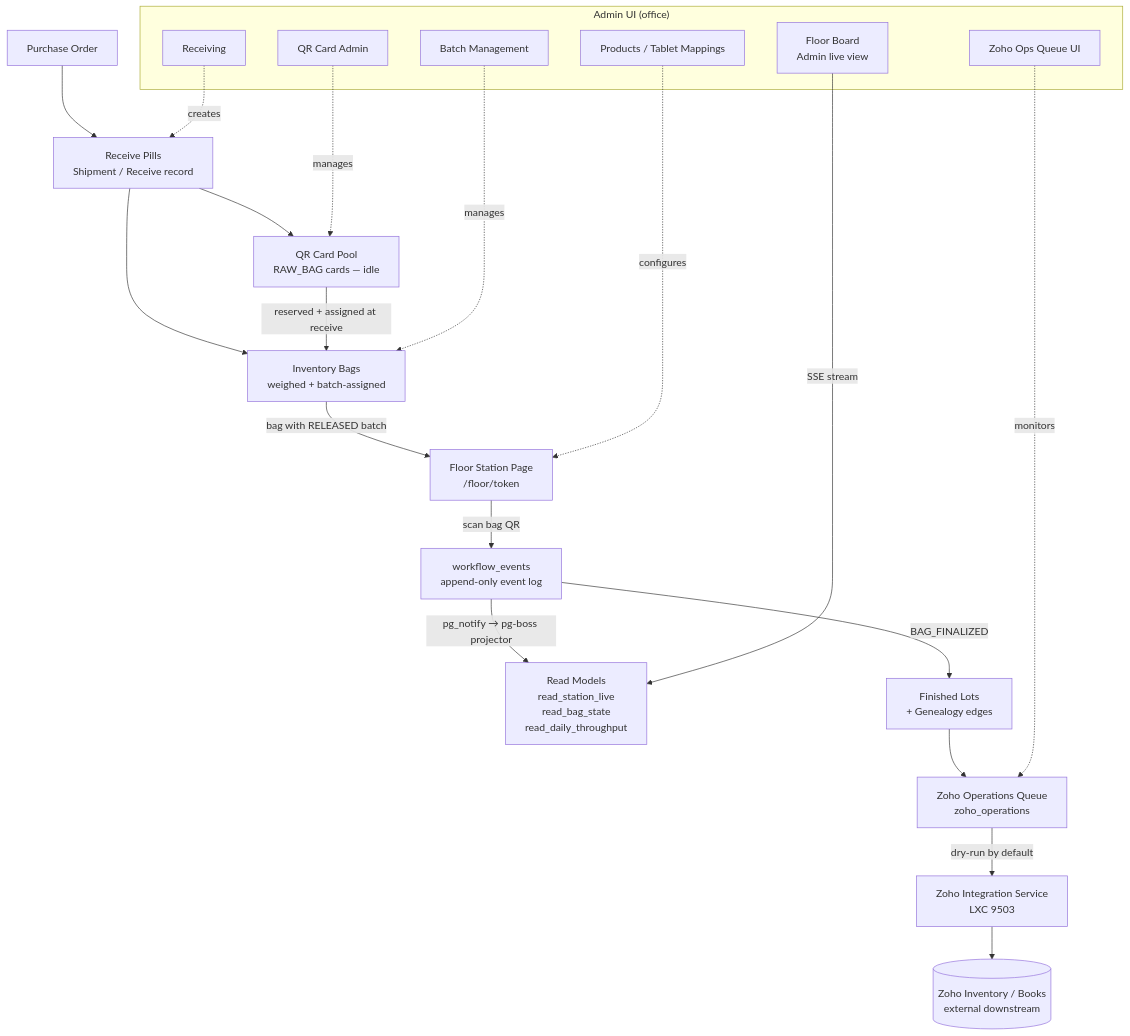
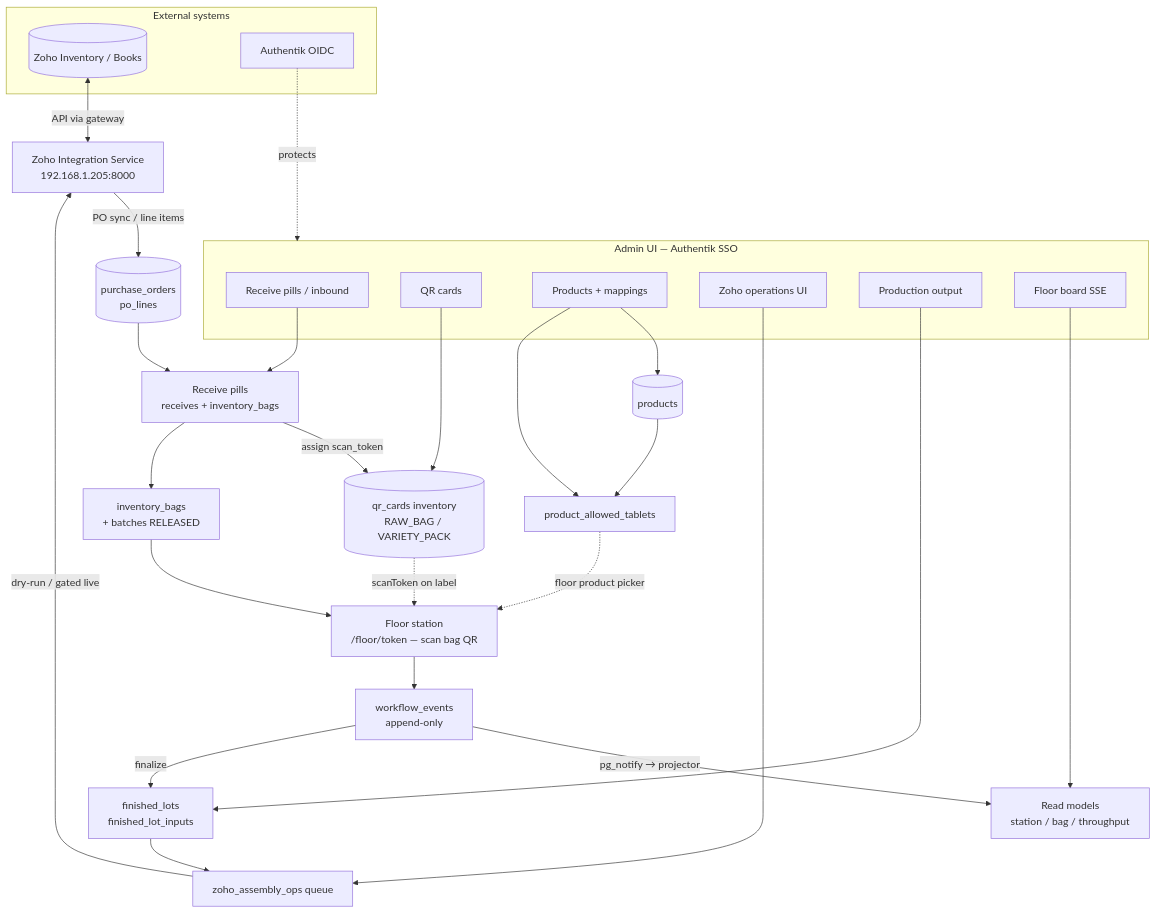
Before and after one commit to kidevu123/luma: the diagram in docs/architecture/luma-system-overview.mmd, drawn with Mermaid. The commit also changed 2 other files, not shown here.

Commit message:
docs: DOCS-2 — rebase architecture docs onto current main (v0.3.2)
Update README, architecture.md, and luma-system-overview.mmd for current
workflows: receive pills, scanToken QR labels, floor camera/HTTPS, product
mapping vs Zoho IDs, zoho_assembly_ops, deployment URL, and agent safety rules.

```diff
--- a/docs/architecture/luma-system-overview.mmd
+++ b/docs/architecture/luma-system-overview.mmd
@@ -1,33 +1,48 @@
 flowchart TD
-    PO[Purchase Order] --> Receive[Receive Pills\nShipment / Receive record]
-    Receive --> QRPool[QR Card Pool\nRAW_BAG cards — idle]
-    Receive --> InvBags[Inventory Bags\nweighed + batch-assigned]
-    QRPool -->|reserved + assigned at receive| InvBags
-
-    InvBags -->|bag with RELEASED batch| FloorStation[Floor Station Page\n/floor/token]
-    FloorStation -->|scan bag QR| WorkflowEvents[workflow_events\nappend-only event log]
-
-    WorkflowEvents -->|pg_notify → pg-boss projector| ReadModels[Read Models\nread_station_live\nread_bag_state\nread_daily_throughput]
-
-    WorkflowEvents -->|BAG_FINALIZED| FinishedLots[Finished Lots\n+ Genealogy edges]
-
-    FinishedLots --> ZohoQueue[Zoho Operations Queue\nzoho_operations]
-    ZohoQueue -->|dry-run by default| ZohoGW[Zoho Integration Service\nLXC 9503]
-    ZohoGW --> ZohoExternal[(Zoho Inventory / Books\nexternal downstream)]
-
-    FloorBoard[Floor Board\nAdmin live view] -->|SSE stream| ReadModels
-
-    subgraph Admin["Admin UI (office)"]
-        FloorBoard
-        QRAdmin[QR Card Admin]
-        BatchAdmin[Batch Management]
-        ProductAdmin[Products / Tablet Mappings]
-        ReceivingAdmin[Receiving]
-        ZohoOpsAdmin[Zoho Ops Queue UI]
+    subgraph External["External systems"]
+        ZohoInv[(Zoho Inventory / Books)]
+        Authentik[Authentik OIDC]
     end
 
-    QRAdmin -.->|manages| QRPool
-    BatchAdmin -.->|manages| InvBags
-    ProductAdmin -.->|configures| FloorStation
-    ReceivingAdmin -.->|creates| Receive
-    ZohoOpsAdmin -.->|monitors| ZohoQueue
+    ZohoGW[Zoho Integration Service\n192.168.1.205:8000]
+
+    ZohoInv <-->|API via gateway| ZohoGW
+    ZohoGW -->|PO sync / line items| PO[(purchase_orders\npo_lines)]
+
+    PO --> Receive[Receive pills\nreceives + inventory_bags]
+    QRPool[(qr_cards inventory\nRAW_BAG / VARIETY_PACK)]
+    Receive -->|assign scan_token| QRPool
+    Receive --> InvBags[inventory_bags\n+ batches RELEASED]
+
+    Products[(products)]
+    PAT[product_allowed_tablets]
+    Products --> PAT
+    PAT -.->|floor product picker| Floor
+
+    InvBags --> Floor[Floor station\n/floor/token — scan bag QR]
+    QRPool -.->|scanToken on label| Floor
+
+    Floor --> WE[workflow_events\nappend-only]
+    WE -->|pg_notify → projector| RM[Read models\nstation / bag / throughput]
+    WE -->|finalize| FL[finished_lots\nfinished_lot_inputs]
+
+    FL --> ZQ[zoho_assembly_ops queue]
+    ZQ -->|dry-run / gated live| ZohoGW
+
+    subgraph Admin["Admin UI — Authentik SSO"]
+        ReceiveAdmin[Receive pills / inbound]
+        QRAdmin[QR cards]
+        ProdAdmin[Products + mappings]
+        ZohoUI[Zoho operations UI]
+        OutAdmin[Production output]
+        Board[Floor board SSE]
+    end
+
+    Authentik -.->|protects| Admin
+    ReceiveAdmin --> Receive
+    QRAdmin --> QRPool
+    ProdAdmin --> Products
+    ProdAdmin --> PAT
+    ZohoUI --> ZQ
+    OutAdmin --> FL
+    Board --> RM
```
